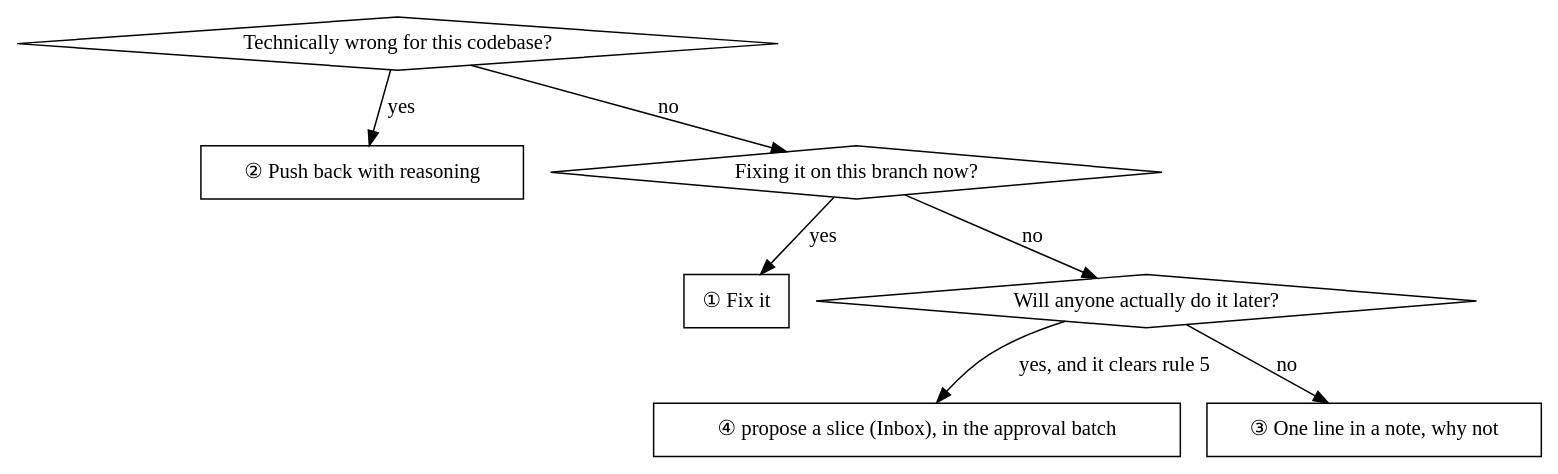
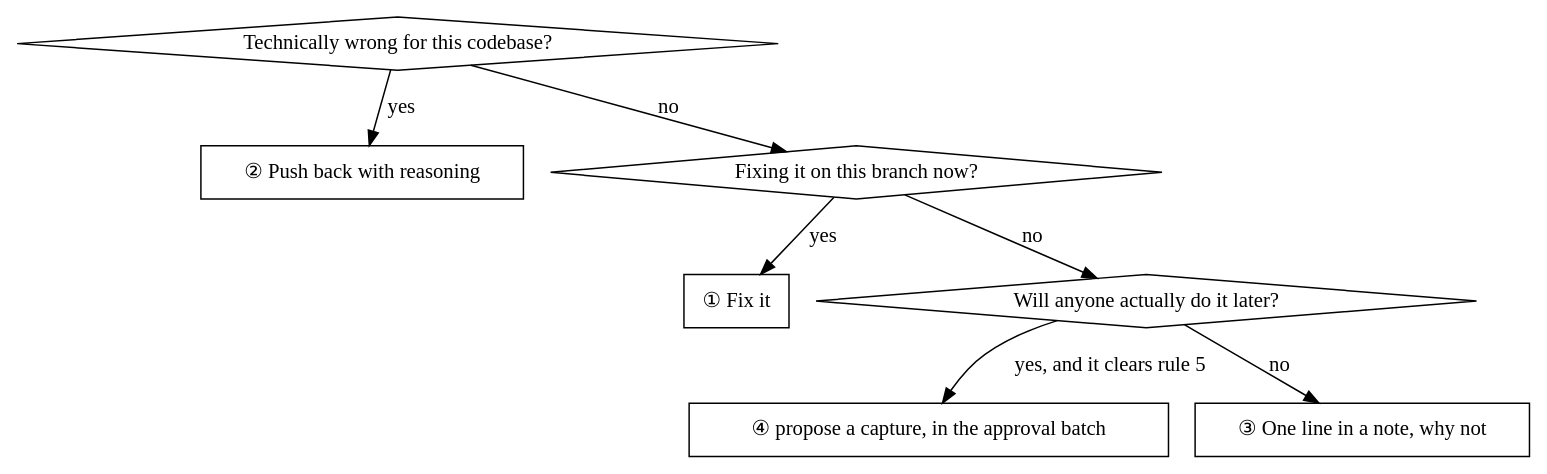
The diagram in plugins/antigravity/skills/receiving-a-review/SKILL.md (tuck-it/tuckit-plugins), drawn with Graphviz before and after one commit. The commit also changed other lines of this file and 75 other files, not shown here.

````diff
--- a/plugins/antigravity/skills/receiving-a-review/SKILL.md
+++ b/plugins/antigravity/skills/receiving-a-review/SKILL.md
@@ -125,18 +125,18 @@
 ```dot
 digraph routing {
     "Technically wrong for this codebase?" [shape=diamond];
     "② Push back with reasoning" [shape=box];
     "Fixing it on this branch now?" [shape=diamond];
     "① Fix it" [shape=box];
     "Will anyone actually do it later?" [shape=diamond];
-    "④ propose a slice (Inbox), in the approval batch" [shape=box];
+    "④ propose a capture, in the approval batch" [shape=box];
     "③ One line in a note, why not" [shape=box];
 
     "Technically wrong for this codebase?" -> "② Push back with reasoning" [label="yes"];
     "Technically wrong for this codebase?" -> "Fixing it on this branch now?" [label="no"];
     "Fixing it on this branch now?" -> "① Fix it" [label="yes"];
     "Fixing it on this branch now?" -> "Will anyone actually do it later?" [label="no"];
-    "Will anyone actually do it later?" -> "④ propose a slice (Inbox), in the approval batch" [label="yes, and it clears rule 5"];
+    "Will anyone actually do it later?" -> "④ propose a capture, in the approval batch" [label="yes, and it clears rule 5"];
     "Will anyone actually do it later?" -> "③ One line in a note, why not" [label="no"];
 }
 ```
````
